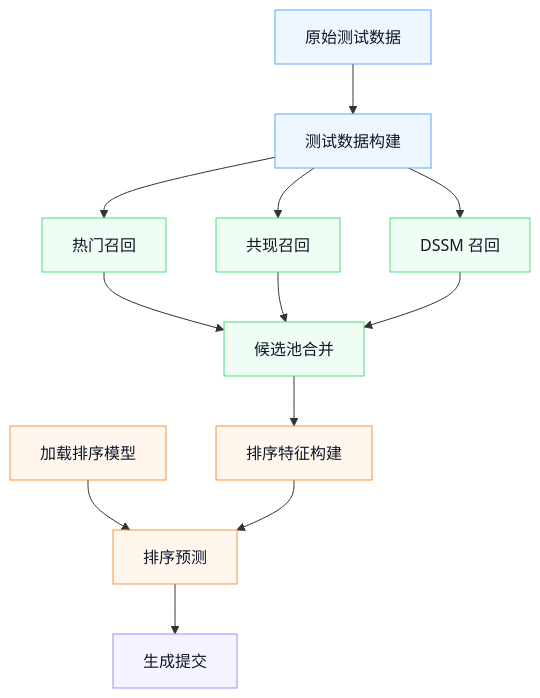
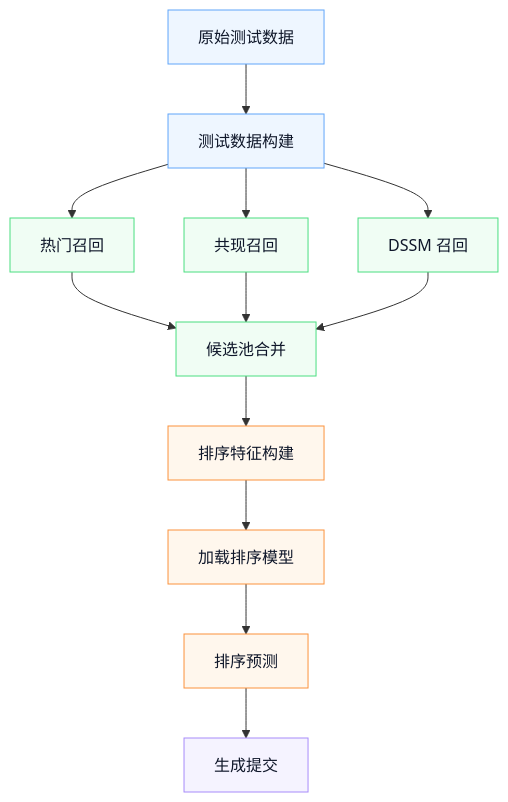
One commit to wbn11/otto-recommender-system changed the second of 2 diagrams in README.md. Above: the diagram before and after it, drawn with Mermaid. The commit also changed 1 other file, not shown here.

Commit message:
docs: align test workflow diagrams

````diff
--- a/README.md
+++ b/README.md
@@ -104,24 +104,24 @@
 ```mermaid
 flowchart TD
     A["原始测试数据"] --> B["测试数据构建"]
     B --> C1["热门召回"]
     B --> C2["共现召回"]
     B --> C3["DSSM 召回"]
     C1 --> D["候选池合并"]
     C2 --> D
     C3 --> D
     D --> E["排序特征构建"]
-    F["加载排序模型"] --> G["排序预测"]
-    E --> G
+    E --> F["加载排序模型"]
+    F --> G["排序预测"]
     G --> H["生成提交"]
 
     classDef data fill:#eef6ff,stroke:#60a5fa,color:#0f172a;
     classDef recall fill:#f0fdf4,stroke:#4ade80,color:#0f172a;
     classDef rank fill:#fff7ed,stroke:#fb923c,color:#0f172a;
     classDef output fill:#f5f3ff,stroke:#a78bfa,color:#0f172a;
 
     class A,B data;
     class C1,C2,C3,D recall;
     class E,F,G rank;
     class H output;
 ```
````
